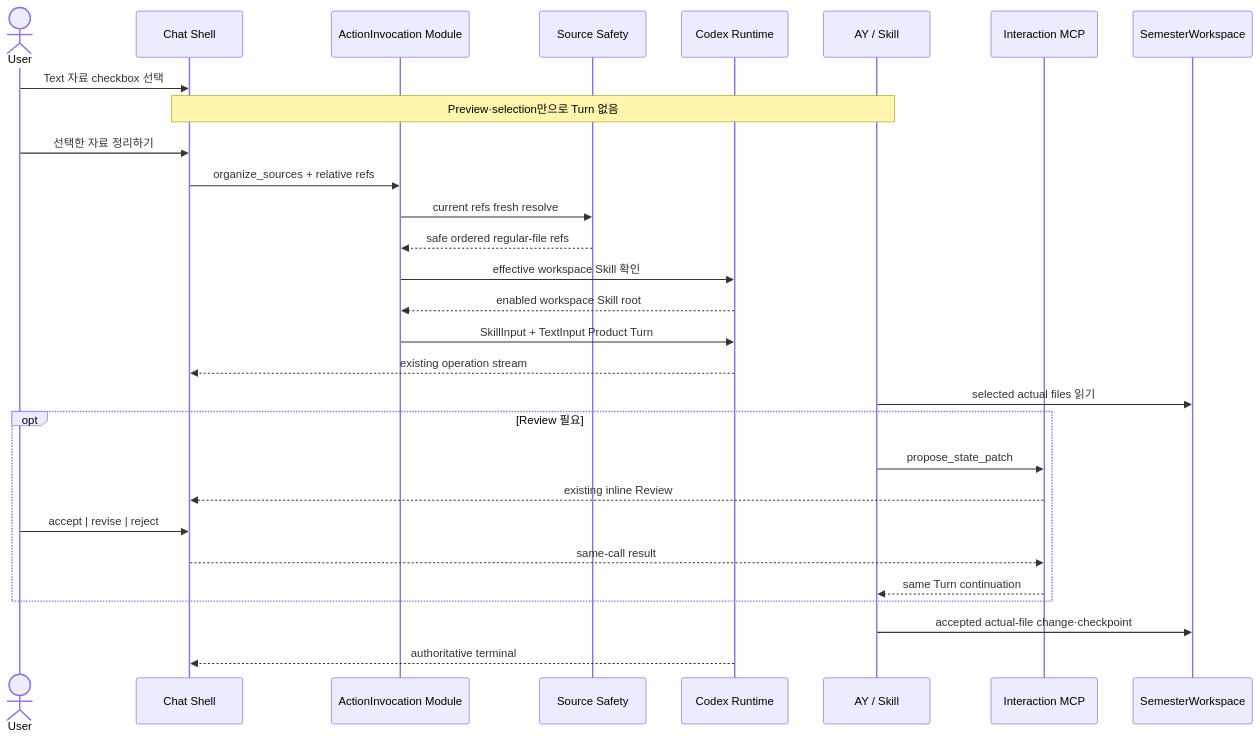
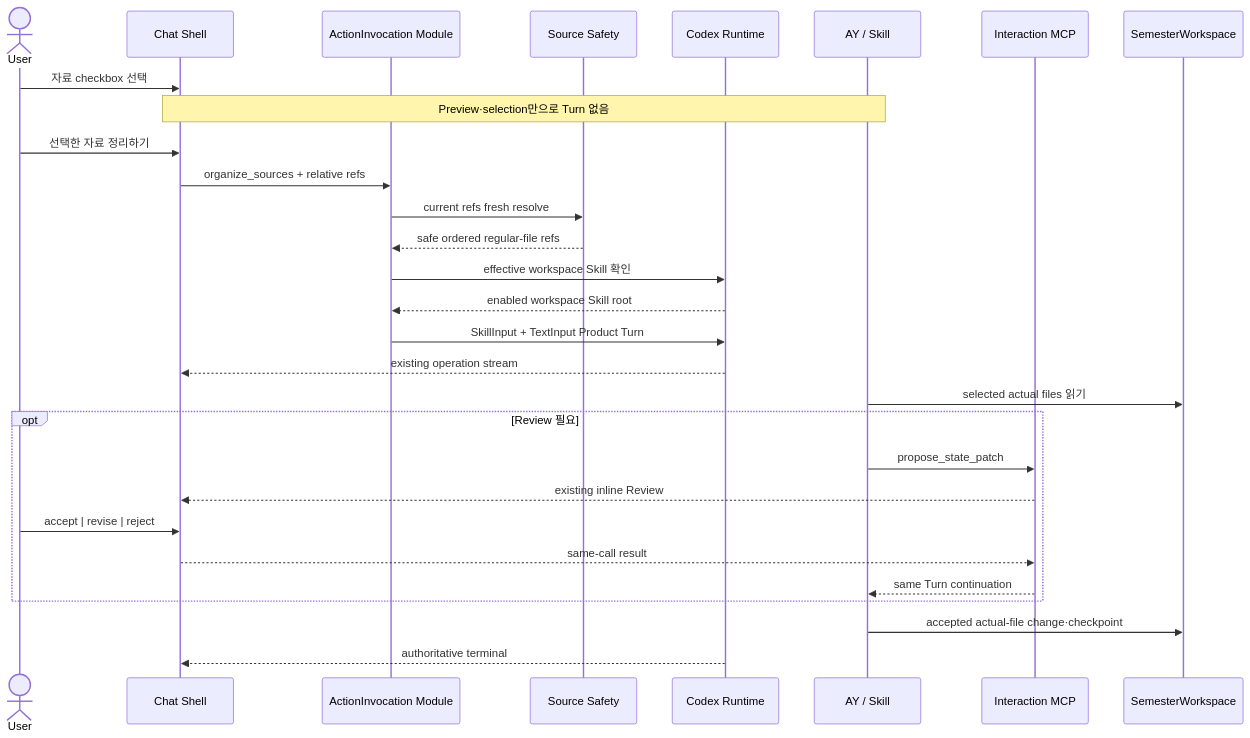
One commit to Mureung1/hub-showcase changed the diagram in docs/specs/2026-07-28-organize-sources-action-invocation.md. Above: the diagram before and after it, drawn with Mermaid. The commit also changed other lines of this file and 4 other files, not shown here.

````diff
--- a/docs/specs/2026-07-28-organize-sources-action-invocation.md
+++ b/docs/specs/2026-07-28-organize-sources-action-invocation.md
@@ -370,32 +370,32 @@
 ```mermaid
 sequenceDiagram
     actor U as User
     participant UI as Chat Shell
     participant A as ActionInvocation Module
     participant S as Source Safety
     participant R as Codex Runtime
     participant AY as AY / Skill
     participant M as Interaction MCP
     participant W as SemesterWorkspace
 
-    U->>UI: Text 자료 checkbox 선택
+    U->>UI: 자료 checkbox 선택
     Note over UI,AY: Preview·selection만으로 Turn 없음
     U->>UI: 선택한 자료 정리하기
     UI->>A: organize_sources + relative refs
     A->>S: current refs fresh resolve
     S-->>A: safe ordered regular-file refs
     A->>R: effective workspace Skill 확인
     R-->>A: enabled workspace Skill root
     A->>R: SkillInput + TextInput Product Turn
     R-->>UI: existing operation stream
     AY->>W: selected actual files 읽기
     opt Review 필요
         AY->>M: propose_state_patch
         M-->>UI: existing inline Review
         U->>UI: accept | revise | reject
         UI-->>M: same-call result
         M-->>AY: same Turn continuation
     end
     AY->>W: accepted actual-file change·checkpoint
     R-->>UI: authoritative terminal
 ```
````
